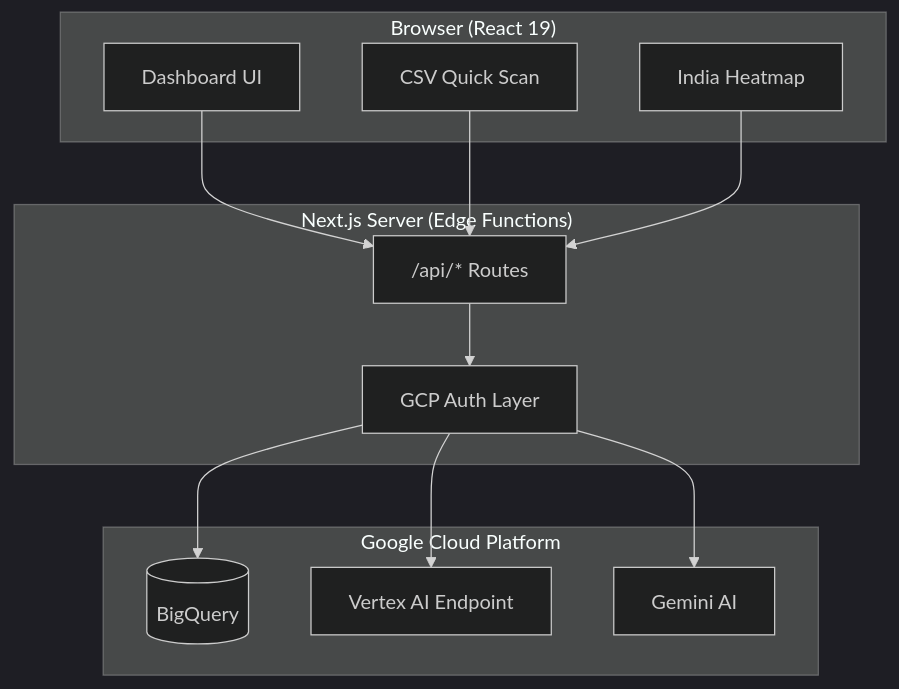
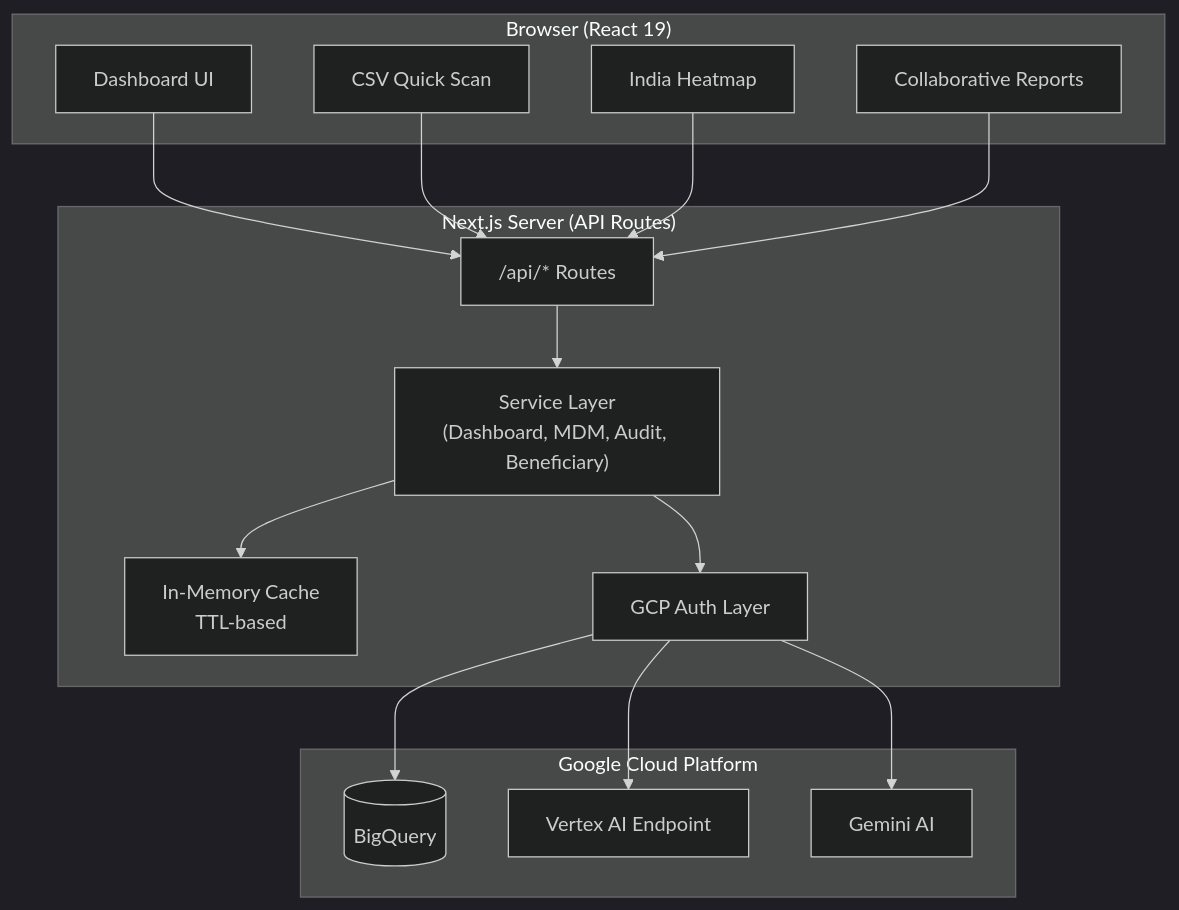
One commit to shubhikasinha/janavlokan changed the first of 2 diagrams in TECHNICAL_REVIEW.md. Above: the diagram before and after it, drawn with Mermaid (dark theme). The commit also changed other lines of this file and 1 other file, not shown here.

````diff
--- a/TECHNICAL_REVIEW.md
+++ b/TECHNICAL_REVIEW.md
@@ -17,27 +15,33 @@
 ```mermaid
 flowchart TB
     subgraph Client["Browser (React 19)"]
         UI[Dashboard UI]
         CSV[CSV Quick Scan]
         Map[India Heatmap]
+        Report[Collaborative Reports]
     end
     
-    subgraph "Next.js Server (Edge Functions)"
+    subgraph "Next.js Server (API Routes)"
         API["/api/* Routes"]
+        Services["Service Layer<br/>(Dashboard, MDM, Audit, Beneficiary)"]
+        Cache["In-Memory Cache<br/>TTL-based"]
         Auth[GCP Auth Layer]
     end
     
     subgraph "Google Cloud Platform"
         BQ[(BigQuery)]
         VAI[Vertex AI Endpoint]
         Gemini[Gemini AI]
     end
     
     UI --> API
     CSV --> API
     Map --> API
-    API --> Auth
+    Report --> API
+    API --> Services
+    Services --> Cache
+    Services --> Auth
     Auth --> BQ
     Auth --> VAI
     Auth --> Gemini
 ```
````
